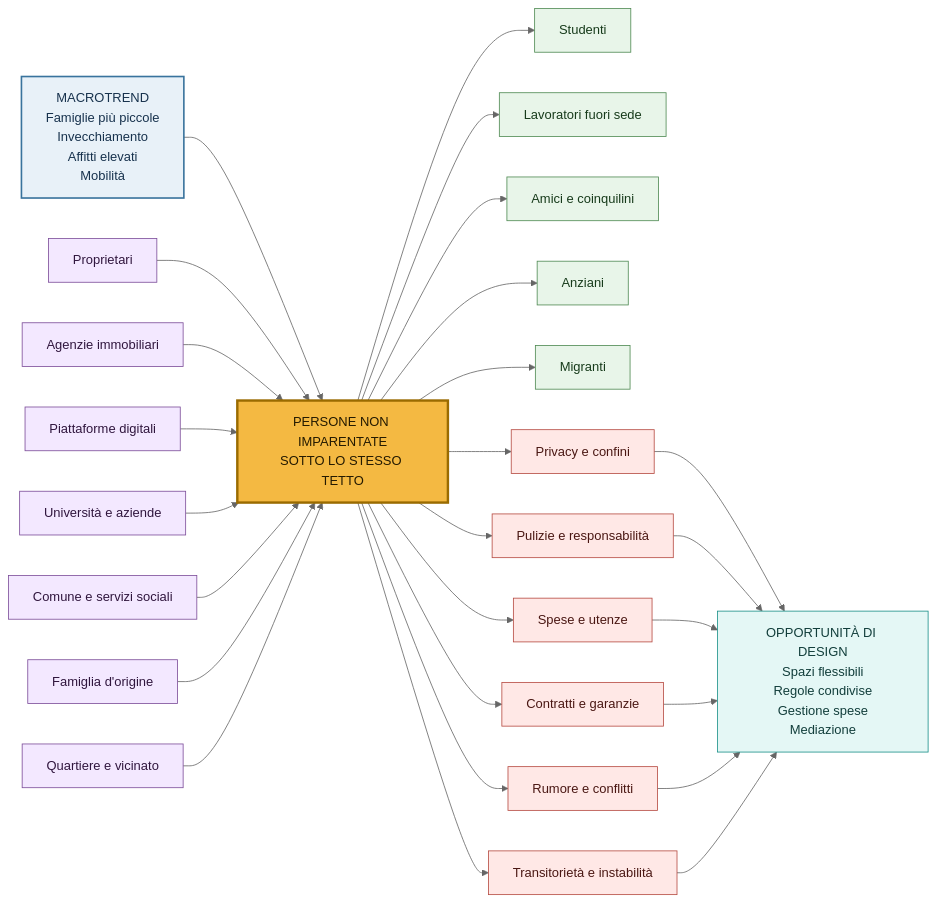
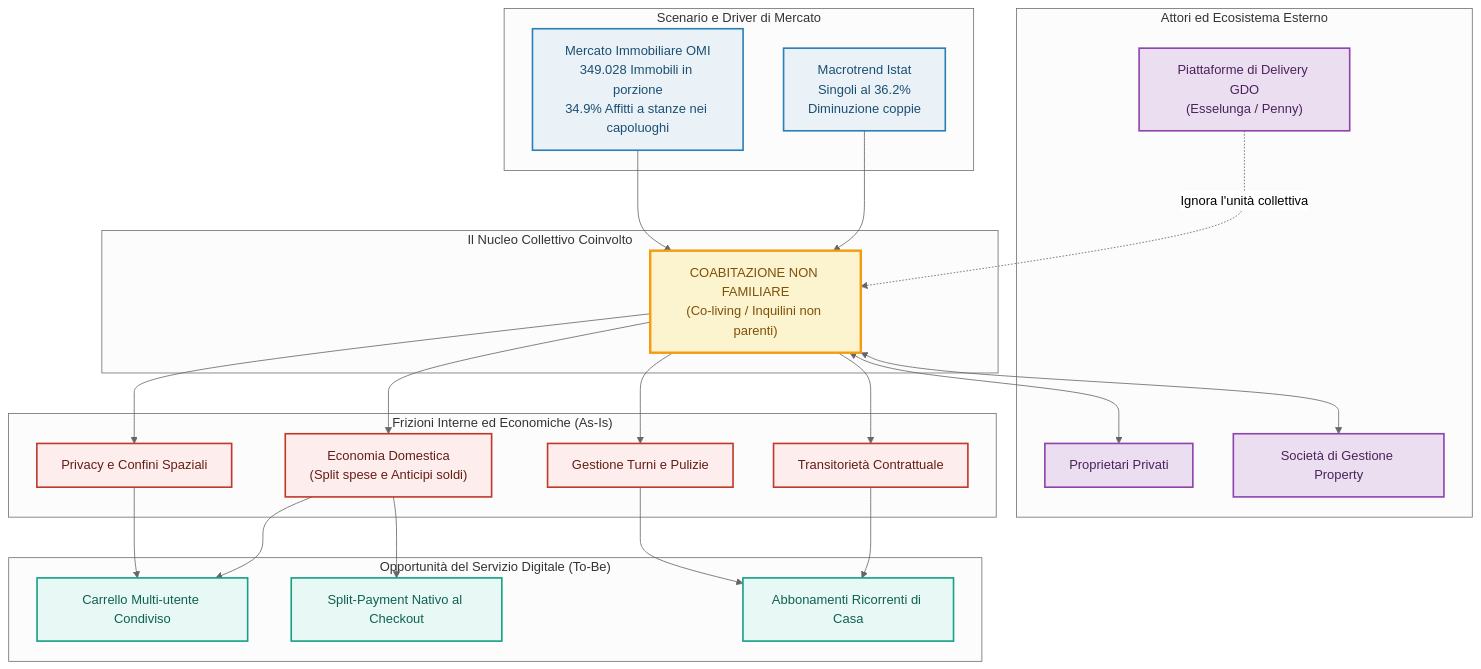
One commit to ShavalaDS/masterpw changed the first of 3 diagrams in ecosystem-map-coabitazione-2.md. Above: the diagram before and after it, drawn with Mermaid (neutral theme). The commit also changed other lines of this file, not shown here.

````diff
--- a/ecosystem-map-coabitazione-2.md
+++ b/ecosystem-map-coabitazione-2.md
@@ -25,47 +24,53 @@
 ```mermaid
-flowchart LR
-    A["MACROTREND<br/>Famiglie più piccole<br/>Invecchiamento<br/>Affitti elevati<br/>Mobilità"]
-    B["PERSONE NON IMPARENTATE<br/>SOTTO LO STESSO TETTO"]
-    C["Studenti"]
-    D["Lavoratori fuori sede"]
-    E["Amici e coinquilini"]
-    F["Anziani"]
-    G["Migranti"]
-    H["Proprietari"]
-    I["Agenzie immobiliari"]
-    J["Piattaforme digitali"]
-    K["Università e aziende"]
-    L["Comune e servizi sociali"]
-    M["Famiglia d'origine"]
-    N["Quartiere e vicinato"]
-    O["Privacy e confini"]
-    P["Pulizie e responsabilità"]
-    Q["Spese e utenze"]
-    R["Contratti e garanzie"]
-    S["Rumore e conflitti"]
-    T["Transitorietà e instabilità"]
-    U["OPPORTUNITÀ DI DESIGN<br/>Spazi flessibili<br/>Regole condivise<br/>Gestione spese<br/>Mediazione"]
-    A --> B
-    B --> C & D & E & F & G
-    H --> B
-    I --> B
-    J --> B
-    K --> B
-    L --> B
-    M --> B
-    N --> B
-    B --> O & P & Q & R & S & T
-    O & P & Q & R & S & T --> U
-    classDef trend fill:#E8F1F8,stroke:#39739D,stroke-width:2px,color:#17324D
-    classDef central fill:#F4B942,stroke:#9A6B00,stroke-width:3px,color:#241A00
-    classDef people fill:#E8F5E9,stroke:#4F8A53,color:#173B1B
-    classDef actors fill:#F3E8FF,stroke:#7C4D99,color:#30163E
-    classDef problems fill:#FFE8E6,stroke:#B64B42,color:#4A1713
-    classDef opportunities fill:#E4F7F5,stroke:#198F88,color:#123E3B
-    class A trend
-    class B central
-    class C,D,E,F,G people
-    class H,I,J,K,L,M,N actors
-    class O,P,Q,R,S,T problems
-    class U opportunities
+flowchart TD
+    %% Definizione dei Nodi Macro e Connessioni Principali
+    subgraph Macro_Context ["Scenario e Driver di Mercato"]
+        A1["Macrotrend Istat<br/>Singoli al 36.2%<br/>Diminuzione coppie"] 
+        A2["Mercato Immobiliare OMI<br/>349.028 Immobili in porzione<br/>34.9% Affitti a stanze nei capoluoghi"]
+    end
+
+    subgraph Core_Target ["Il Nucleo Collettivo Coinvolto"]
+        B["COABITAZIONE NON FAMILIARE<br/>(Co-living / Inquilini non parenti)"]
+    end
+
+    subgraph Stakeholders ["Attori ed Ecosistema Esterno"]
+        H["Proprietari Privati"]
+        I["Società di Gestione Property"]
+        J["Piattaforme di Delivery GDO<br/>(Esselunga / Penny)"]
+    end
+
+    subgraph Pain_Points ["Frizioni Interne ed Economiche (As-Is)"]
+        O["Privacy e Confini Spaziali"]
+        P["Gestione Turni e Pulizie"]
+        Q["Economia Domestica<br/>(Split spese e Anticipi soldi)"]
+        R["Transitorietà Contrattuale"]
+    end
+
+    subgraph Opportunities ["Opportunità del Servizio Digitale (To-Be)"]
+        U1["Carrello Multi-utente Condiviso"]
+        U2["Split-Payment Nativo al Checkout"]
+        U3["Abbonamenti Ricorrenti di Casa"]
+    end
+
+    %% Flussi di relazione e impatto
+    A1 & A2 --> B
+    B <--> H & I
+    J -.-> |Ignora l'unità collettiva| B
+    B --> O & P & Q & R
+    Q & O --> U1
+    Q --> U2
+    R & P --> U3
+
+    %% Classi di Stile Ottimizzate per Leggibilità
+    classDef trend fill:#EAF2F8,stroke:#2980B9,stroke-width:2px,color:#1B4F72;
+    classDef central fill:#FCF3CF,stroke:#F39C12,stroke-width:3px,color:#7E5109;
+    classDef actors fill:#EBDEF0,stroke:#8E44AD,stroke-width:2px,color:#4A235A;
+    classDef problems fill:#FDEDEC,stroke:#C0392B,stroke-width:2px,color:#641E16;
+    classDef opps fill:#E8F8F5,stroke:#16A085,stroke-width:2px,color:#0E6251;
+
+    class A1,A2 trend;
+    class B central;
+    class H,I,J actors;
+    class O,P,Q,R problems;
+    class U1,U2,U3 opps;
 ```
````
